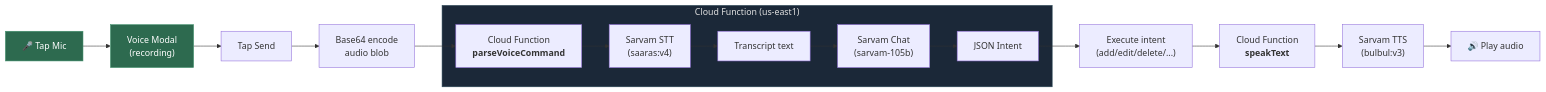
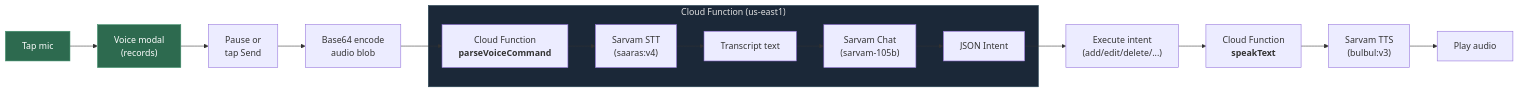
One commit to nsudhanva/shopping changed the fourth of 7 diagrams in README.md. Above: the diagram before and after it, drawn with Mermaid. The commit also changed other lines of this file and 44 other files, not shown here.

````diff
--- a/README.md
+++ b/README.md
@@ -128,23 +113,23 @@
 ```mermaid
 flowchart LR
-    Mic["🎤 Tap Mic"] --> Modal["Voice Modal<br/>(recording)"]
-    Modal --> Send["Tap Send"]
+    Mic["Tap mic"] --> Modal["Voice modal<br/>(records)"]
+    Modal --> Send["Pause or<br/>tap Send"]
     Send --> B64["Base64 encode<br/>audio blob"]
     B64 --> CF["Cloud Function<br/><b>parseVoiceCommand</b>"]
 
     subgraph CloudFunction["Cloud Function (us-east1)"]
         CF --> STT["Sarvam STT<br/>(saaras:v4)"]
         STT --> Transcript["Transcript text"]
         Transcript --> Chat["Sarvam Chat<br/>(sarvam-105b)"]
         Chat --> Intent["JSON Intent"]
     end
 
     Intent --> Execute["Execute intent<br/>(add/edit/delete/...)"]
     Execute --> TTS["Cloud Function<br/><b>speakText</b>"]
     TTS --> SarvamTTS["Sarvam TTS<br/>(bulbul:v3)"]
-    SarvamTTS --> Audio["🔊 Play audio"]
+    SarvamTTS --> Audio["Play audio"]
 
     style Mic fill:#2d6a4f,stroke:#40916c,color:#fff
     style Modal fill:#2d6a4f,stroke:#40916c,color:#fff
     style CloudFunction fill:#1b2838,stroke:#2a4858,color:#e0e0e0
 ```
````
